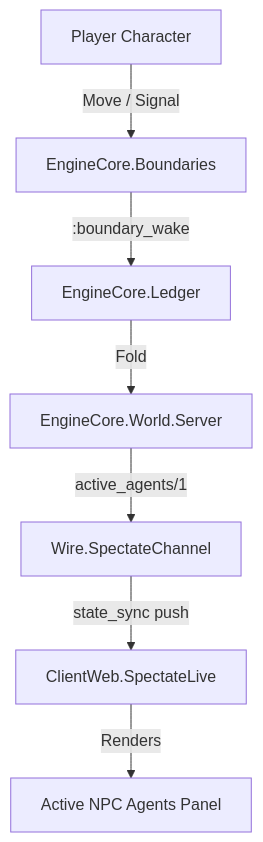
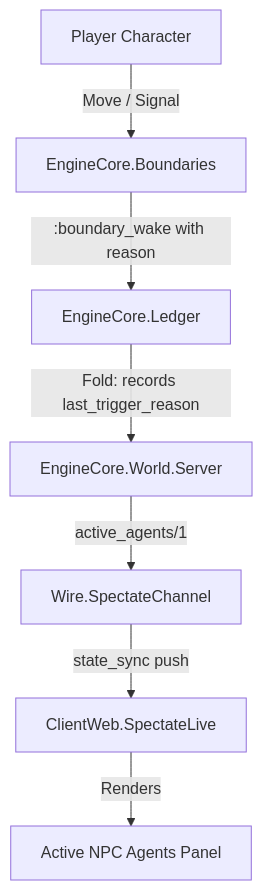
One commit to stevebrownlee/aeldoroth changed the diagram in docs/superpowers/specs/2026-08-25-gm-console-active-npc-agents-design.md. Above: the diagram before and after it, drawn with Mermaid. The commit also changed other lines of this file and 1 other file, not shown here.

````diff
--- a/docs/superpowers/specs/2026-08-25-gm-console-active-npc-agents-design.md
+++ b/docs/superpowers/specs/2026-08-25-gm-console-active-npc-agents-design.md
@@ -15,9 +15,9 @@
 ```mermaid
 flowchart TD
     PC[Player Character] -->|Move / Signal| Boundary[EngineCore.Boundaries]
-    Boundary -->|:boundary_wake| Ledger[EngineCore.Ledger]
-    Ledger -->|Fold| World[EngineCore.World.Server]
+    Boundary -->|:boundary_wake with reason| Ledger[EngineCore.Ledger]
+    Ledger -->|Fold: records last_trigger_reason| World[EngineCore.World.Server]
     World -->|active_agents/1| SpectateChan[Wire.SpectateChannel]
     SpectateChan -->|state_sync push| GMConsole[ClientWeb.SpectateLive]
     GMConsole -->|Renders| ActiveNPCPanel[Active NPC Agents Panel]
 ```
````
